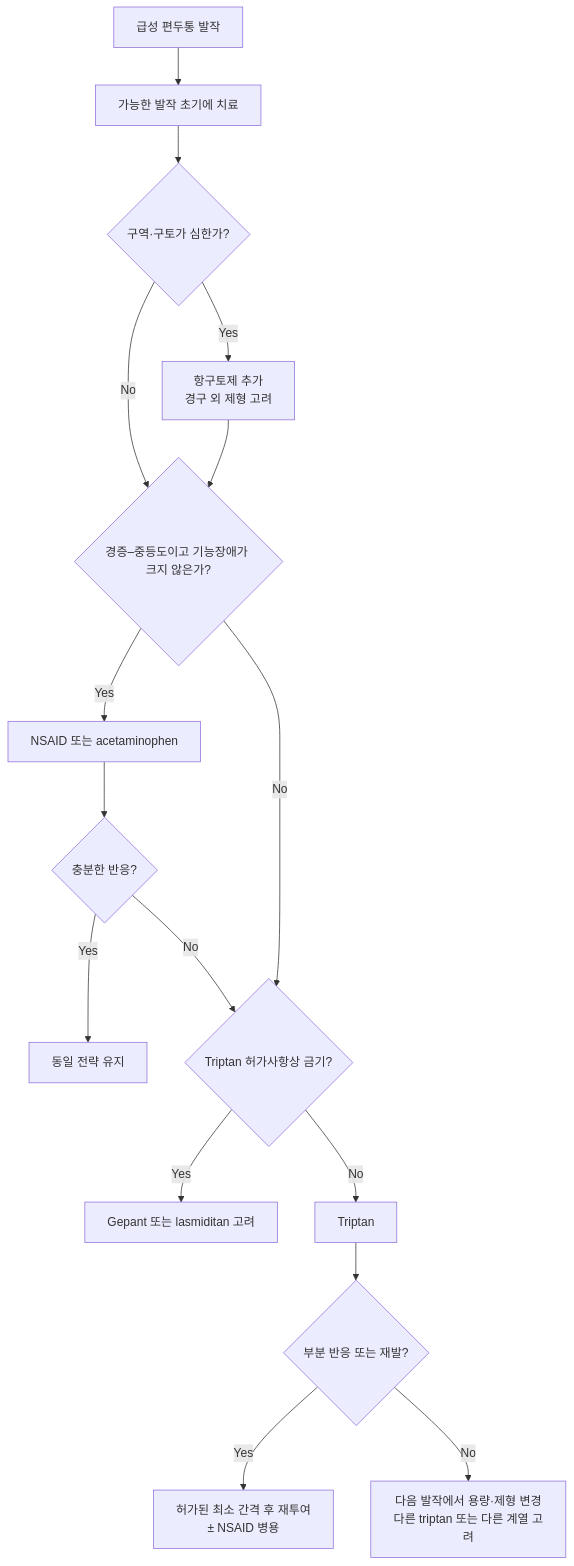
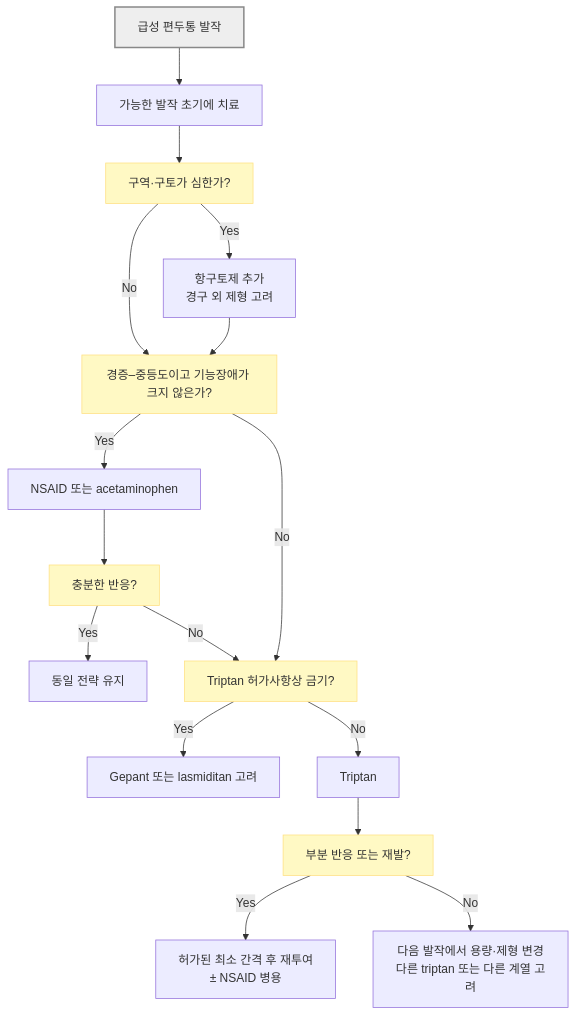
One commit to familyoh77/familyoh77 changed the second of 2 diagrams in 221_/016_-migraine.md. Above: the diagram before and after it, drawn with Mermaid. The commit also changed other lines of this file, not shown here.

````diff
--- a/221_/016_-migraine.md
+++ b/221_/016_-migraine.md
@@ -335,18 +338,24 @@
 ```mermaid
 flowchart TD
     A["급성 편두통 발작"] --> B["가능한 발작 초기에 치료"]
-    B --> C{"구역·구토가 심한가?"}
+    B --> C["구역·구토가 심한가?"]
     C -- "Yes" --> D["항구토제 추가<br/>경구 외 제형 고려"]
-    C -- "No" --> E{"경증–중등도이고 기능장애가 크지 않은가?"}
+    C -- "No" --> E["경증–중등도이고 기능장애가 크지 않은가?"]
     D --> E
     E -- "Yes" --> F["NSAID 또는 acetaminophen"]
-    F --> G{"충분한 반응?"}
+    F --> G["충분한 반응?"]
     G -- "Yes" --> H["동일 전략 유지"]
-    G -- "No" --> I{"Triptan 허가사항상 금기?"}
+    G -- "No" --> I["Triptan 허가사항상 금기?"]
     E -- "No" --> I
     I -- "Yes" --> J["Gepant 또는 lasmiditan 고려"]
     I -- "No" --> K["Triptan"]
-    K --> L{"부분 반응 또는 재발?"}
+    K --> L["부분 반응 또는 재발?"]
     L -- "Yes" --> M["허가된 최소 간격 후 재투여<br/>± NSAID 병용"]
     L -- "No" --> N["다음 발작에서 용량·제형 변경<br/>다른 triptan 또는 다른 계열 고려"]
+
+    classDef question fill:#fff9c4,stroke:#ffe082
+    classDef startNode fill:#eeeeee,stroke:#888888,stroke-width:2px
+
+    class A startNode
+    class C,E,G,I,L question
 ```
````
